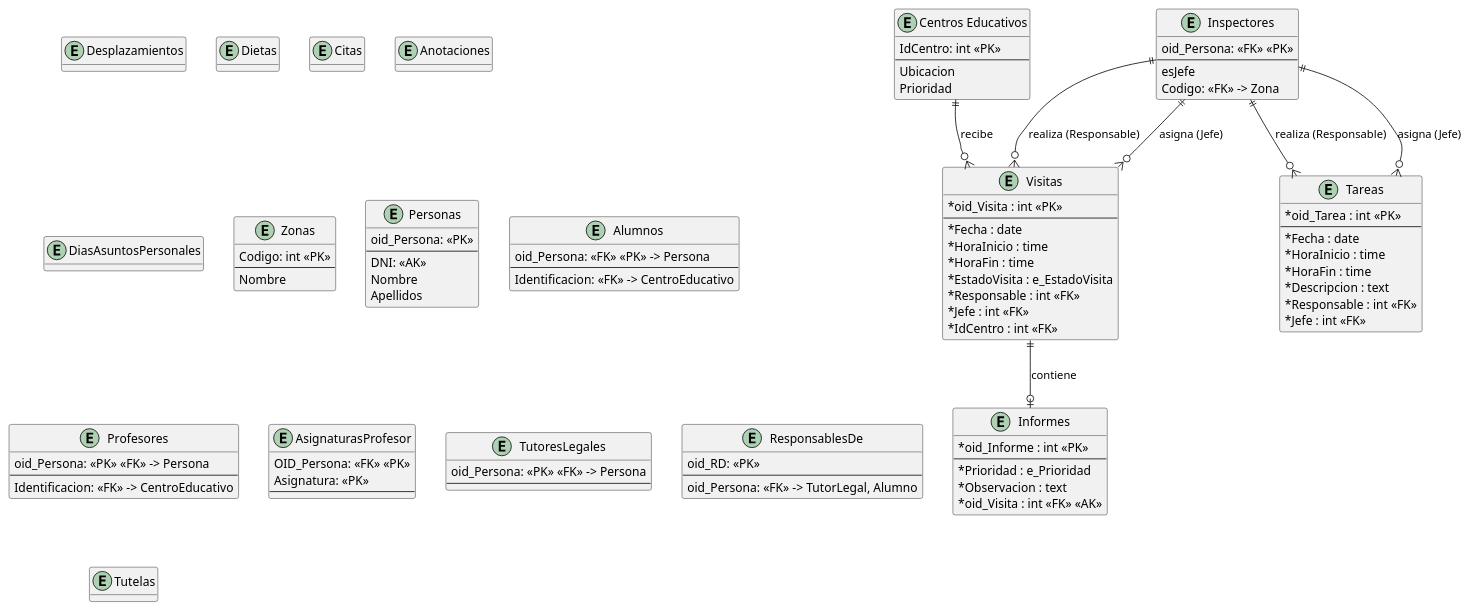
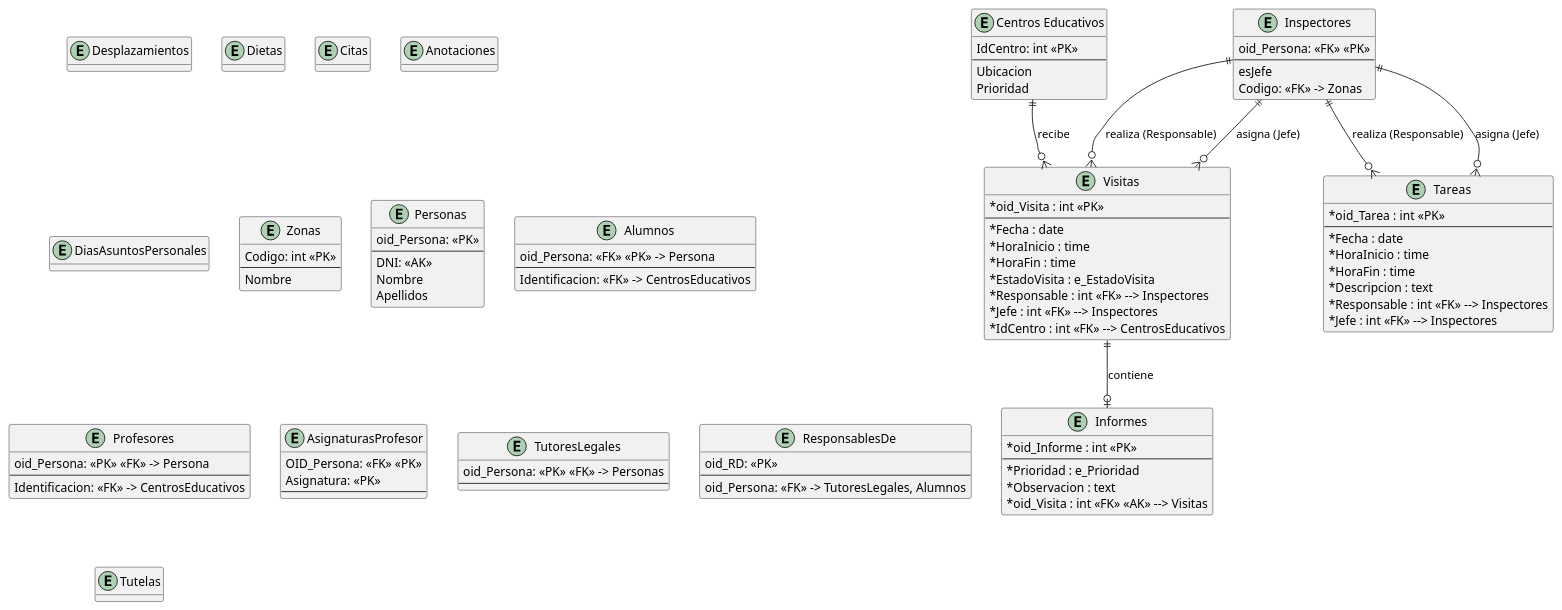
The diagram in modelado/modelado_relacional.puml (javiporti/ProyectoBD_Inspeccion_Educativa), drawn with PlantUML before and after one commit.

Commit message:
Añade destinos a las claves foráneas y unifica nombres en plural

```diff
--- a/modelado/modelado_relacional.puml
+++ b/modelado/modelado_relacional.puml
@@ -1,124 +1,124 @@
 @startuml modelado_relacional
 hide methods
 skinparam ClassAttributeIconSize 0
 
 
 entity "Centros Educativos" as CentrosEducativos {
     IdCentro: int <<PK>>
     --
     Ubicacion
     Prioridad
 }
 
 entity Desplazamientos {
 
 }
 
 entity Dietas {
 
 }
 
 entity Citas {
 
 }
 
 entity Anotaciones {
 
 }
 
 entity Visitas {
-    *oid_Visita : int <<PK>>
+    *oid_Visita : int <<PK>>  
     --
     *Fecha : date
     *HoraInicio : time
     *HoraFin : time
     *EstadoVisita : e_EstadoVisita
-    *Responsable : int <<FK>>
-    *Jefe : int <<FK>>
-    *IdCentro : int <<FK>>
+    *Responsable : int <<FK>> --> Inspectores
+    *Jefe : int <<FK>> --> Inspectores
+    *IdCentro : int <<FK>> --> CentrosEducativos
 }
 
 entity Informes {
     *oid_Informe : int <<PK>>
     --
     *Prioridad : e_Prioridad
     *Observacion : text
-    *oid_Visita : int <<FK>> <<AK>>
+    *oid_Visita : int <<FK>> <<AK>> --> Visitas
 }
 
 entity Tareas {
     *oid_Tarea : int <<PK>>
     --
     *Fecha : date
     *HoraInicio : time
     *HoraFin : time
     *Descripcion : text
-    *Responsable : int <<FK>>
-    *Jefe : int <<FK>>
+    *Responsable : int <<FK>> --> Inspectores
+    *Jefe : int <<FK>> --> Inspectores
 }
 
 entity DiasAsuntosPersonales {
 
 }
 
 entity Zonas {
     Codigo: int <<PK>>
     --
     Nombre
 }
 
 entity Personas {
     oid_Persona: <<PK>>
     --
     DNI: <<AK>>
     Nombre
     Apellidos
 }
 
 entity Inspectores {
     oid_Persona: <<FK>> <<PK>>
     --
     esJefe
-    Codigo: <<FK>> -> Zona
+    Codigo: <<FK>> -> Zonas
 }
 entity Alumnos {
     oid_Persona: <<FK>> <<PK>> -> Persona
     --
-    Identificacion: <<FK>> -> CentroEducativo
+    Identificacion: <<FK>> -> CentrosEducativos
 }
 
 entity Profesores {
     oid_Persona: <<PK>> <<FK>> -> Persona
     --
-    Identificacion: <<FK>> -> CentroEducativo
+    Identificacion: <<FK>> -> CentrosEducativos
 }
 
 entity AsignaturasProfesor {
     OID_Persona: <<FK>> <<PK>>
     Asignatura: <<PK>>
     --
 }
 
 entity TutoresLegales {
-    oid_Persona: <<PK>> <<FK>> -> Persona
+    oid_Persona: <<PK>> <<FK>> -> Personas
     --
 }
 
 entity ResponsablesDe {
     oid_RD: <<PK>>
     --
-    oid_Persona: <<FK>> -> TutorLegal, Alumno
+    oid_Persona: <<FK>> -> TutoresLegales, Alumnos
 }
 
 entity Tutelas {
 
 }
 
 Inspectores ||--o{ Visitas : realiza (Responsable)
 Inspectores ||--o{ Visitas : asigna (Jefe)
 Inspectores ||--o{ Tareas : realiza (Responsable)
 Inspectores ||--o{ Tareas : asigna (Jefe)
 CentrosEducativos ||--o{ Visitas : recibe
 Visitas ||--o| Informes : contiene
 
 @enduml
```
